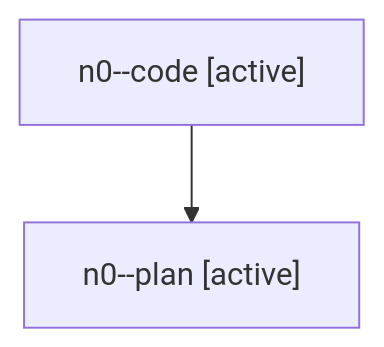
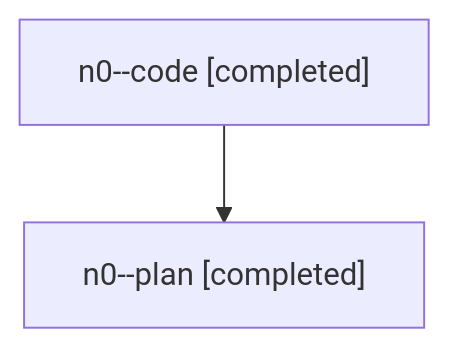
The diagram in families/bbugyi200.athena.n0.md (sase-org/sase--agents), drawn with Mermaid before and after one commit. The commit also changed other lines of this file and 1002 other files, not shown here.

````diff
--- a/families/bbugyi200.athena.n0.md
+++ b/families/bbugyi200.athena.n0.md
@@ -9,6 +9,6 @@
 ```mermaid
 flowchart TD
-  n0["n0--code [active]"]
-  n1["n0--plan [active]"]
+  n0["n0--code [completed]"]
+  n1["n0--plan [completed]"]
   n0 --> n1
 ```
````
